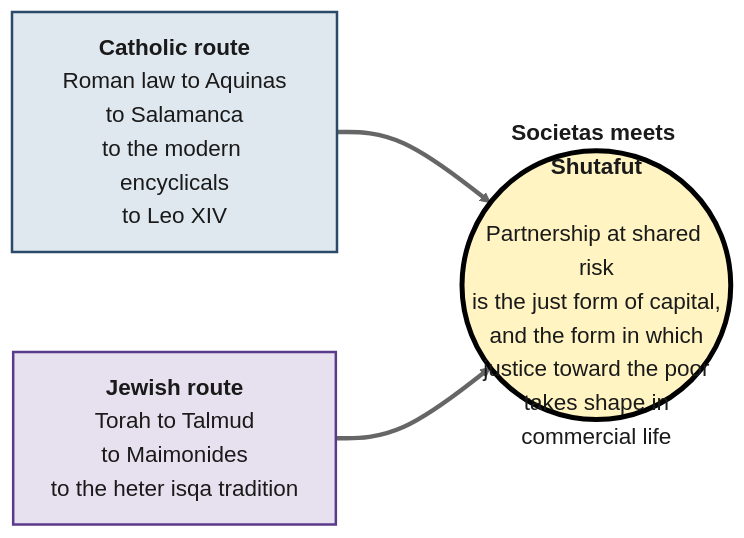
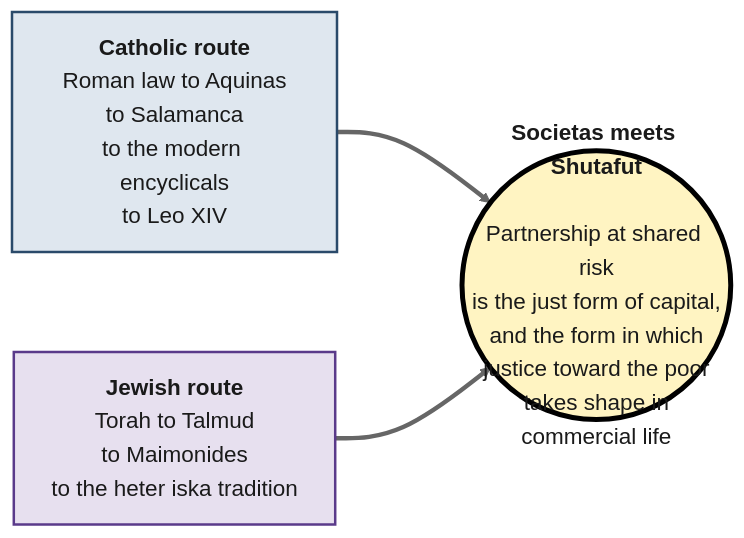
Before and after one commit to Oranburg/LEP: the eighth of 8 diagrams in _pages/lineage.md, drawn with Mermaid. The commit also changed other lines of this file and 35 other files, not shown here.

```diff
--- a/_pages/lineage.md
+++ b/_pages/lineage.md
@@ -200,15 +200,15 @@
 <div class="mermaid" markdown="0">
 %%{init: {'theme':'neutral','flowchart':{'curve':'basis','nodeSpacing':80,'rankSpacing':100},'themeVariables':{'fontSize':'18px','fontFamily':'Georgia, serif'}}}%%
 flowchart LR
   CATH["<b>Catholic route</b><br/>Roman law to Aquinas<br/>to Salamanca<br/>to the modern encyclicals<br/>to Leo XIV"]
-  JEW["<b>Jewish route</b><br/>Torah to Talmud<br/>to Maimonides<br/>to the heter isqa tradition"]
+  JEW["<b>Jewish route</b><br/>Torah to Talmud<br/>to Maimonides<br/>to the heter iska tradition"]
   CONV(("<b>Societas meets Shutafut</b><br/><br/>Partnership at shared risk<br/>is the just form of capital,<br/>and the form in which<br/>justice toward the poor<br/>takes shape in<br/>commercial life"))
   CATH ==> CONV
   JEW ==> CONV
   classDef cath fill:#dfe7ef,stroke:#2a4a6a,stroke-width:2px,color:#1a1a1a;
   classDef jew fill:#e7e0ef,stroke:#5a3a8a,stroke-width:2px,color:#1a1a1a;
   classDef conv fill:#fff4c2,stroke:#000,stroke-width:4px,color:#1a1a1a;
   class CATH cath;
   class JEW jew;
   class CONV conv;
 </div>
```
